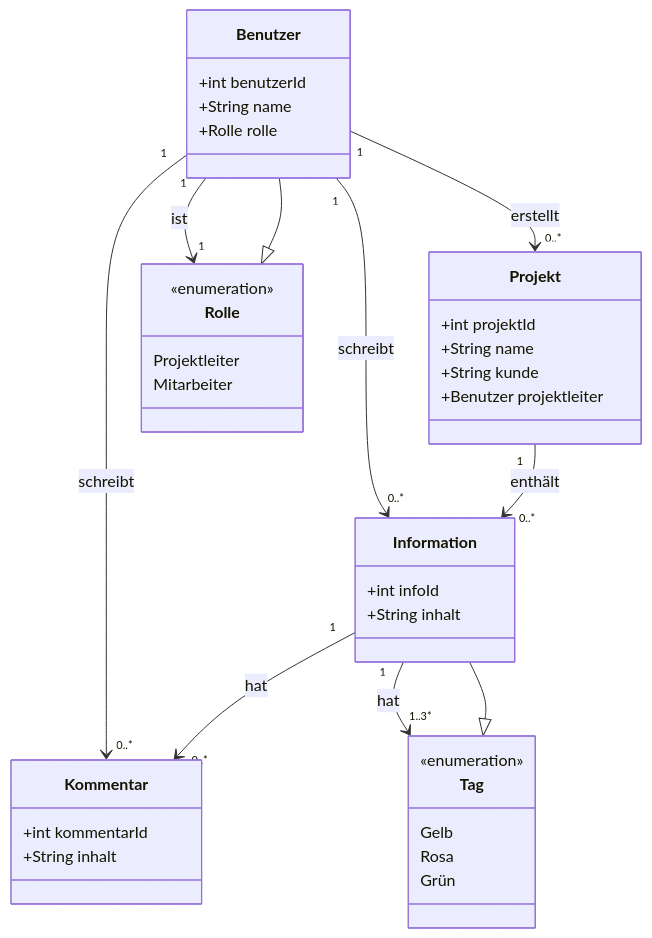
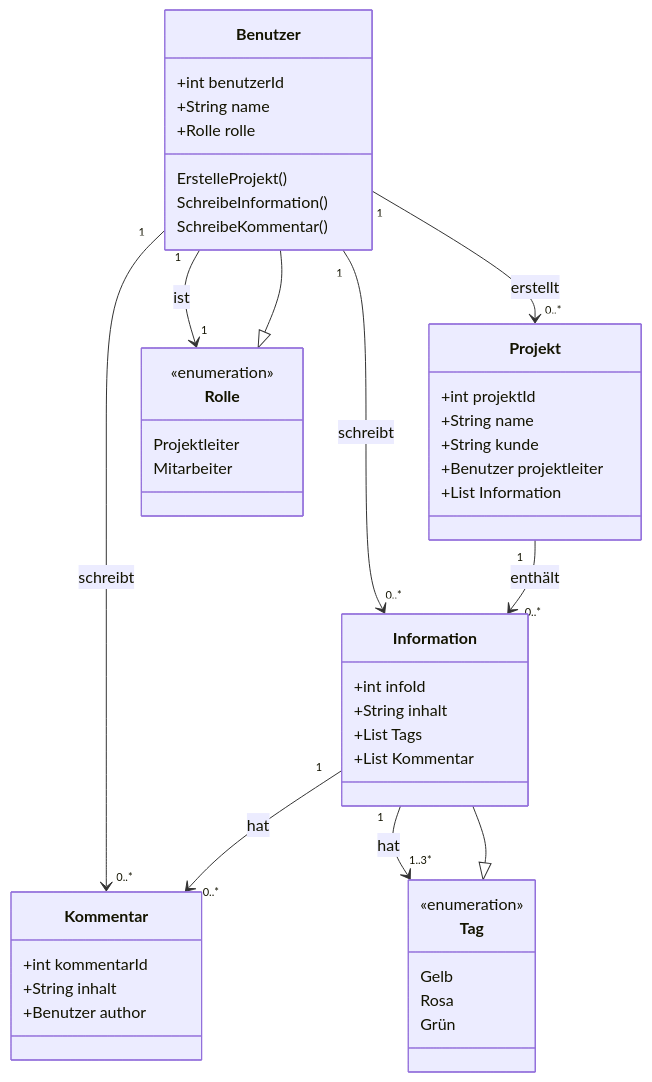
The diagram in Dokumentaion/VerwaltungssystemKD.mmd (salome2246/Projektarbeit_Verwaltungssystem), drawn with Mermaid before and after one commit. The commit also changed 1 other file, not shown here.

```diff
--- a/Dokumentaion/VerwaltungssystemKD.mmd
+++ b/Dokumentaion/VerwaltungssystemKD.mmd
@@ -1,51 +1,60 @@
 classDiagram
 %% Klassen
 class Projekt {
     +int projektId
     +String name
     +String kunde
     +Benutzer projektleiter
+	+List Information
 }
 
 class Benutzer {
     +int benutzerId
     +String name
     +Rolle rolle
+	
+	ErstelleProjekt()
+	SchreibeInformation()
+	SchreibeKommentar()
+	
 }
 
 class Information {
     +int infoId
     +String inhalt
+	+List Tags
+	+List Kommentar
 }
 
 class Kommentar {
     +int kommentarId
     +String inhalt
+	+Benutzer author
 }
 
 %% Enumerationen als eigene Boxen
 class Tag {
     <<enumeration>>
     Gelb
     Rosa
     Grün
 }
 
 class Rolle {
     <<enumeration>>
     Projektleiter
     Mitarbeiter
 }
 
 %% Beziehungen mit Kardinalitäten
 Benutzer "1" --> "0..*" Projekt : erstellt
 Benutzer "1" --> "0..*" Information : schreibt
 Benutzer "1" --> "0..*" Kommentar : schreibt
 Projekt "1" --> "0..*" Information : enthält
 Information "1" --> "0..*" Kommentar : hat
 Information "1" --> "1..3*" Tag : hat
 Benutzer "1" --> "1" Rolle: ist
 
 %% Optional: Enums visuell gruppieren
 Tag <|-- Information
 Rolle <|-- Benutzer
```
